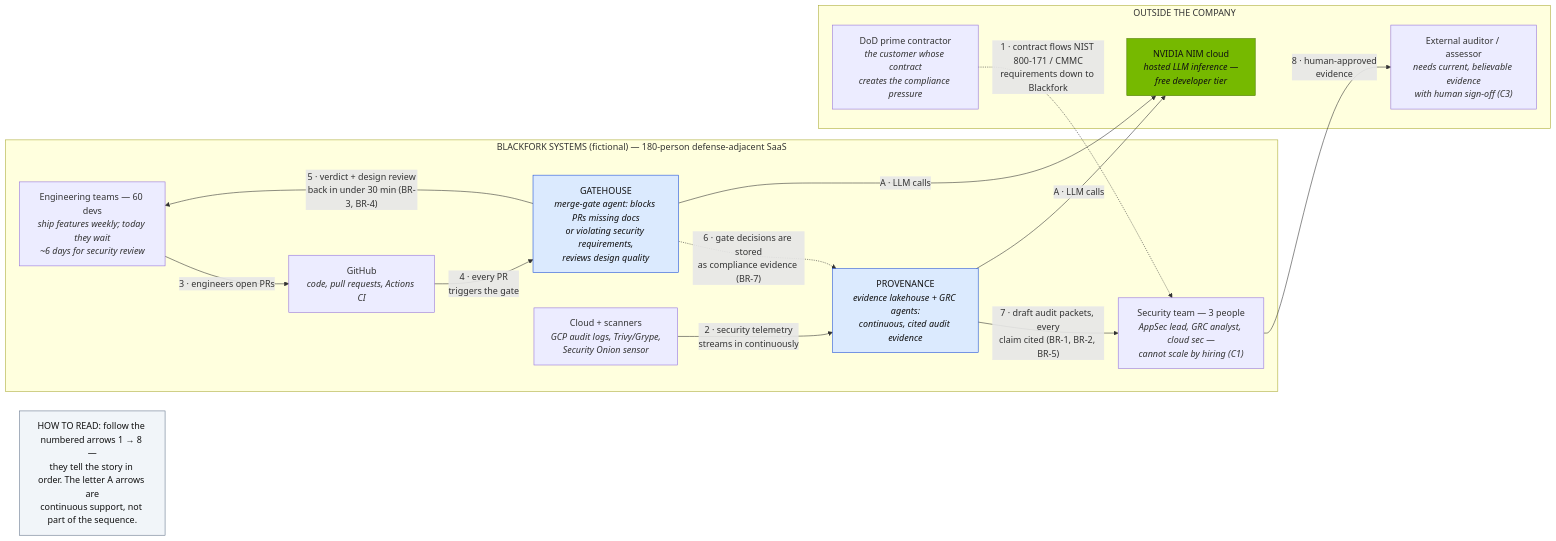
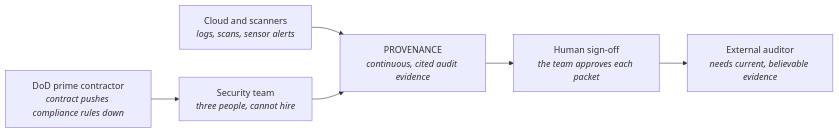
The first of 2 diagrams in docs/02-architecture/context.md (deathscythe272/blackfork-platform), drawn with Mermaid before and after one commit. The commit also changed other lines of this file and 3 other files, not shown here.

First line of the commit message:
docs(architecture): rework the three diagrams to read left to right in short parts (BR-4)

````diff
--- a/docs/02-architecture/context.md
+++ b/docs/02-architecture/context.md
@@ -17,38 +23,8 @@
 ```mermaid
 flowchart LR
-
-KEY["HOW TO READ: follow the numbered arrows 1 → 8 —<br>they tell the story in order. The letter A arrows are<br>continuous support, not part of the sequence."]
-
-subgraph BF["BLACKFORK SYSTEMS (fictional) — 180-person defense-adjacent SaaS"]
-  ENG["Engineering teams — 60 devs<br><i>ship features weekly; today they wait<br>~6 days for security review</i>"]
-  GH["GitHub<br><i>code, pull requests, Actions CI</i>"]
-  GHOUSE["GATEHOUSE<br><i>merge-gate agent: blocks PRs missing docs<br>or violating security requirements,<br>reviews design quality</i>"]
-  SRC["Cloud + scanners<br><i>GCP audit logs, Trivy/Grype,<br>Security Onion sensor</i>"]
-  PROV["PROVENANCE<br><i>evidence lakehouse + GRC agents:<br>continuous, cited audit evidence</i>"]
-  SEC["Security team — 3 people<br><i>AppSec lead, GRC analyst, cloud sec —<br>cannot scale by hiring (C1)</i>"]
-end
-
-subgraph EXT["OUTSIDE THE COMPANY"]
-  PRIME["DoD prime contractor<br><i>the customer whose contract<br>creates the compliance pressure</i>"]
-  AUD["External auditor / assessor<br><i>needs current, believable evidence<br>with human sign-off (C3)</i>"]
-  NIM["NVIDIA NIM cloud<br><i>hosted LLM inference —<br>free developer tier</i>"]
-end
-
-PRIME -.->|"1 · contract flows NIST 800-171 / CMMC<br>requirements down to Blackfork"| SEC
-SRC -->|"2 · security telemetry<br>streams in continuously"| PROV
-ENG -->|"3 · engineers open PRs"| GH
-GH -->|"4 · every PR<br>triggers the gate"| GHOUSE
-GHOUSE -->|"5 · verdict + design review<br>back in under 30 min (BR-3, BR-4)"| ENG
-GHOUSE -.->|"6 · gate decisions are stored<br>as compliance evidence (BR-7)"| PROV
-PROV -->|"7 · draft audit packets, every<br>claim cited (BR-1, BR-2, BR-5)"| SEC
-SEC -->|"8 · human-approved<br>evidence"| AUD
-GHOUSE -->|"A · LLM calls"| NIM
-PROV -->|"A · LLM calls"| NIM
-
-classDef nvidia fill:#76B900,stroke:#4d7a00,color:#111
-class NIM nvidia
-classDef build fill:#dbeafe,stroke:#1d4ed8,color:#111
-class GHOUSE,PROV build
-classDef key fill:#f1f5f9,stroke:#64748b,color:#111
-class KEY key
+  PRIME["DoD prime contractor<br><i>contract pushes compliance rules down</i>"] --> SEC["Security team<br><i>three people, cannot hire</i>"]
+  SOURCES["Cloud and scanners<br><i>logs, scans, sensor alerts</i>"] --> PROV["PROVENANCE<br><i>continuous, cited audit evidence</i>"]
+  SEC --> PROV
+  PROV --> SIGN["Human sign-off<br><i>the team approves each packet</i>"]
+  SIGN --> AUDITOR["External auditor<br><i>needs current, believable evidence</i>"]
 ```
````
